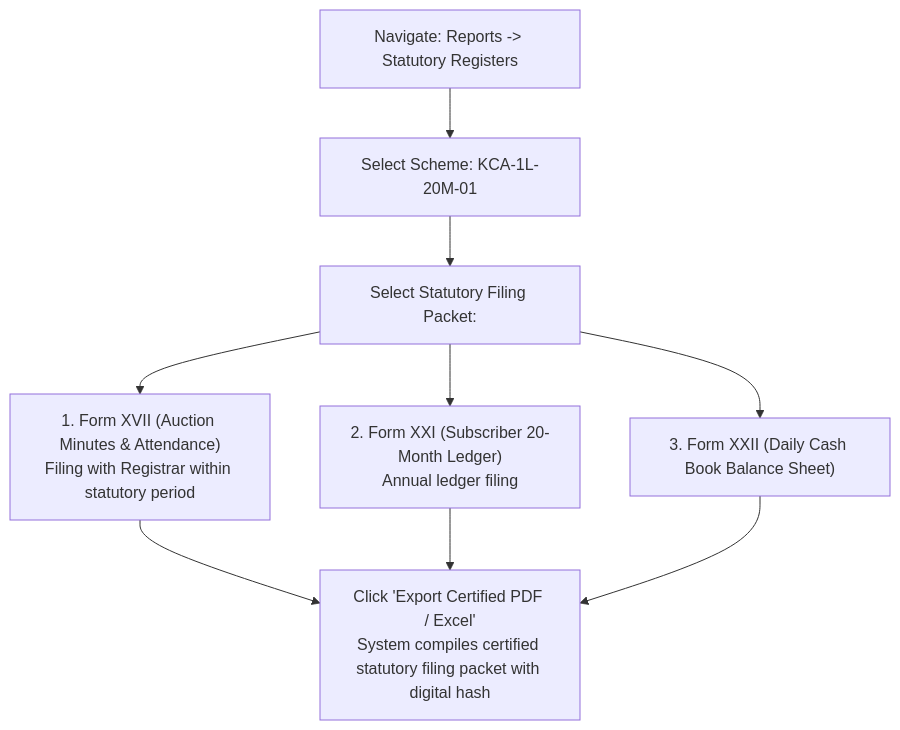
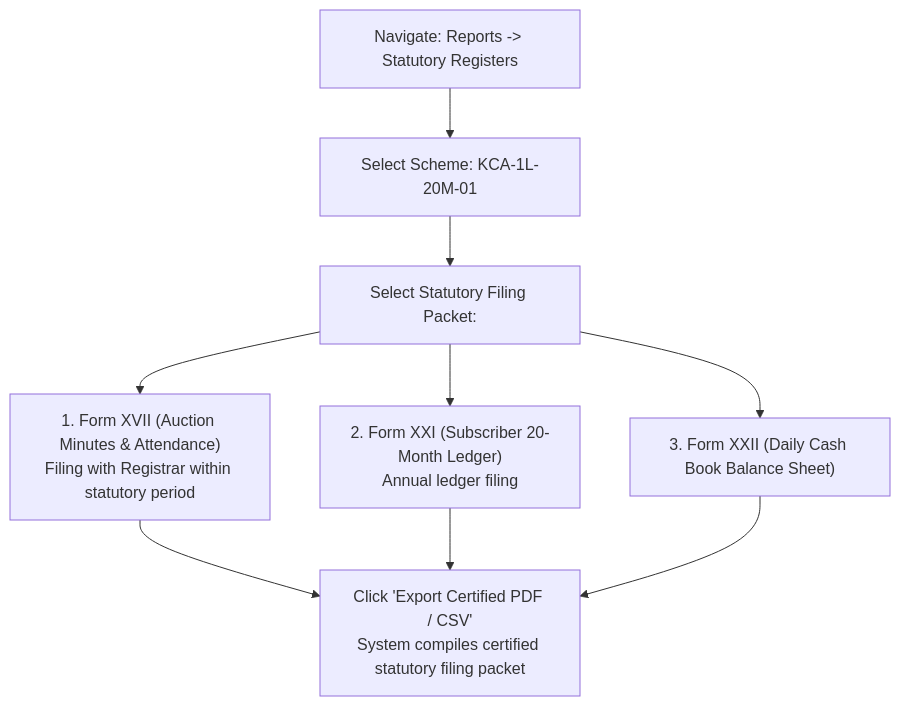
The seventh of 8 diagrams in docs/07-operations/user-manuals/auditor-portal-manual.md (Kathir-24/Kumaran-finance), drawn with Mermaid before and after one commit. The commit also changed other lines of this file and 4 other files, not shown here.

````diff
--- a/docs/07-operations/user-manuals/auditor-portal-manual.md
+++ b/docs/07-operations/user-manuals/auditor-portal-manual.md
@@ -169,11 +172,11 @@
 ```mermaid
 flowchart TD
     NavStatutory["Navigate: Reports -> Statutory Registers"] --> SelectScheme["Select Scheme: KCA-1L-20M-01"]
     SelectScheme --> Packets["Select Statutory Filing Packet:"]
     Packets --> Form17["1. Form XVII (Auction Minutes & Attendance)\nFiling with Registrar within statutory period"]
     Packets --> Form21["2. Form XXI (Subscriber 20-Month Ledger)\nAnnual ledger filing"]
     Packets --> Form22["3. Form XXII (Daily Cash Book Balance Sheet)"]
-    Form17 --> ExportPDF["Click 'Export Certified PDF / Excel'\nSystem compiles certified statutory filing packet with digital hash"]
+    Form17 --> ExportPDF["Click 'Export Certified PDF / CSV'\nSystem compiles certified statutory filing packet"]
     Form21 --> ExportPDF
     Form22 --> ExportPDF
 ```
````
